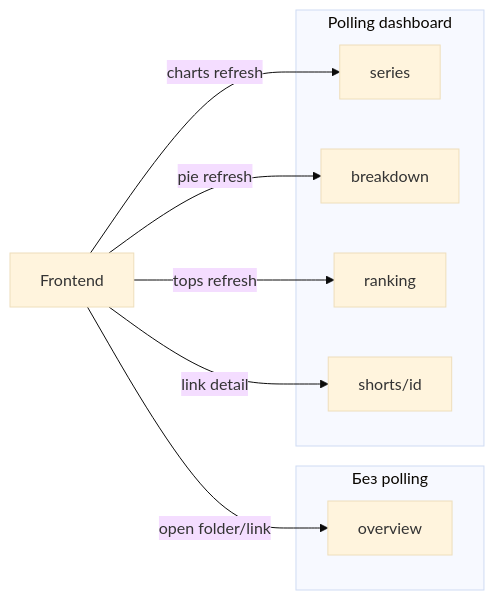
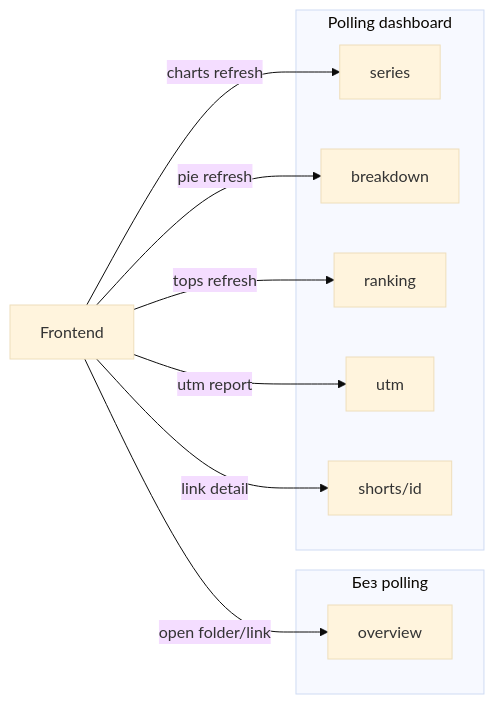
Before and after one commit to IOSHED/KKRCH.RU: the first of 2 diagrams in module_stats.md, drawn with Mermaid (base theme). The commit also changed other lines of this file and 2 other files, not shown here.

````diff
--- a/module_stats.md
+++ b/module_stats.md
@@ -83,17 +85,19 @@
 ```mermaid
 flowchart LR
     subgraph "Без polling"
         O[overview]
     end
     subgraph "Polling dashboard"
         S[series]
         B[breakdown]
         R[ranking]
+        U[utm]
         D[shorts/id]
     end
     FE[Frontend] -->|open folder/link| O
     FE -->|charts refresh| S
     FE -->|pie refresh| B
     FE -->|tops refresh| R
+    FE -->|utm report| U
     FE -->|link detail| D
 ```
````
